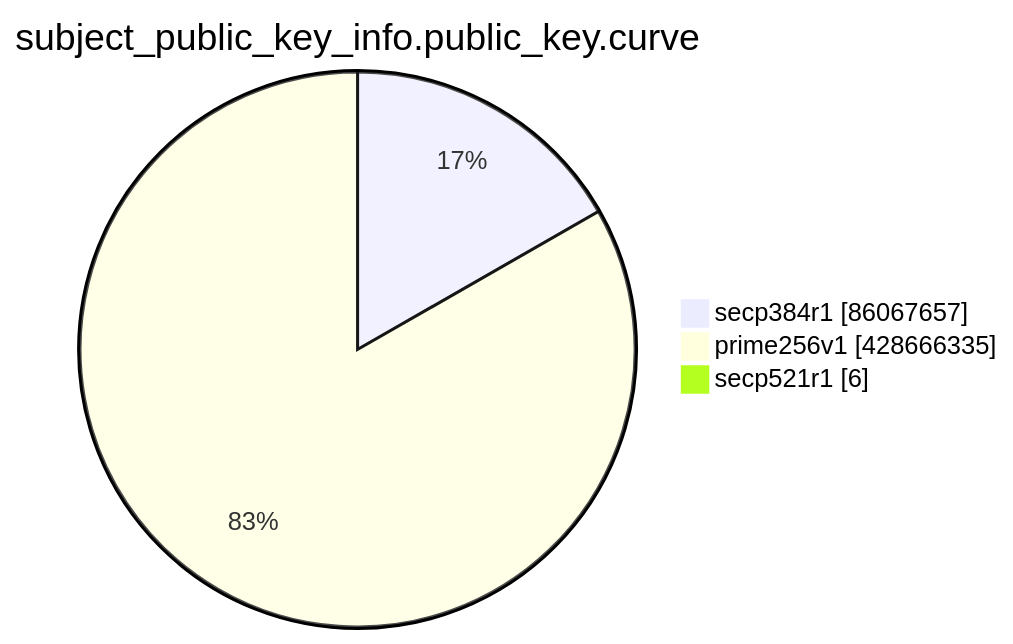
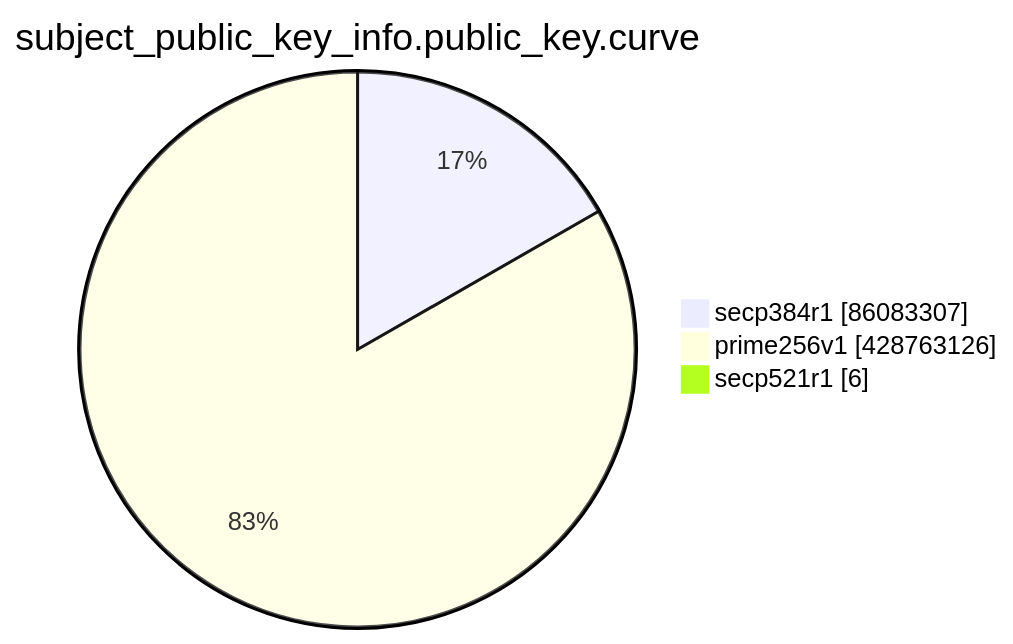
The eighth of 15 diagrams in TOTAL/README.md (christiankrug/ctmonitor_visualization), drawn with Mermaid before and after one commit. The commit also changed other lines of this file, not shown here.

````diff
--- a/TOTAL/README.md
+++ b/TOTAL/README.md
@@ -3100,7 +3100,7 @@
 ```mermaid
 pie showData
 title subject_public_key_info.public_key.curve
-"secp384r1" :86067657
-"prime256v1" :428666335
+"secp384r1" :86083307
+"prime256v1" :428763126
 "secp521r1" :6
 ```
````
